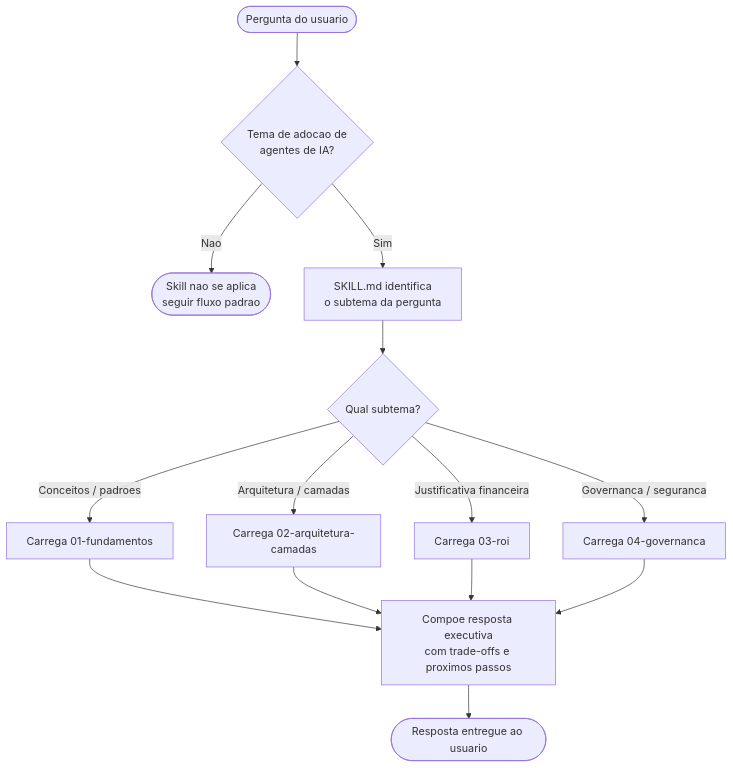
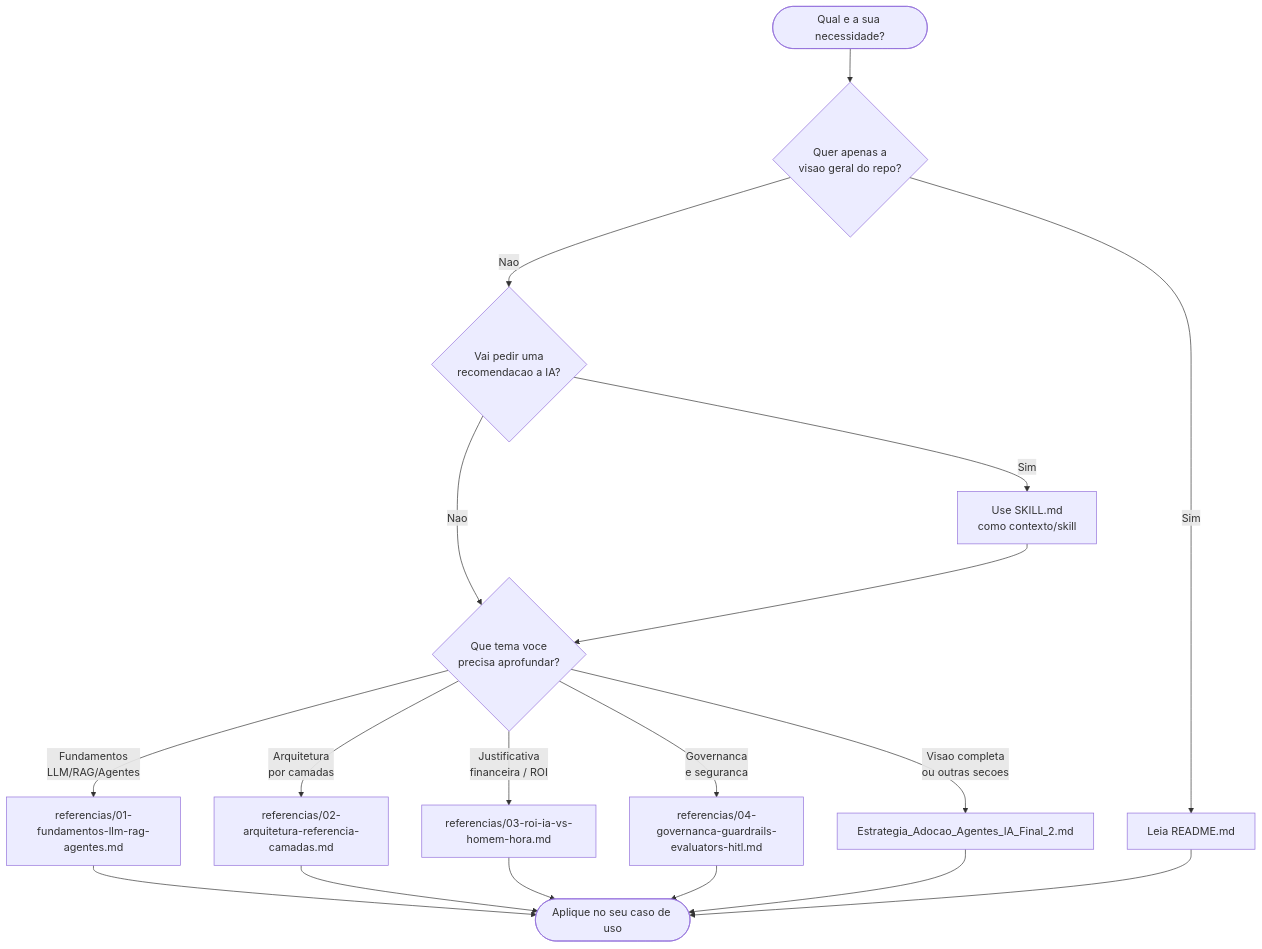
One commit to fabioharams/hubsp-ai-skill changed the second of 2 diagrams in README.md. Above: the diagram before and after it, drawn with Mermaid. The commit also changed other lines of this file, not shown here.

Commit message:
adicionando diagramas

````diff
--- a/README.md
+++ b/README.md
@@ -66,18 +58,24 @@
 ```mermaid
 flowchart TD
-    A([Pergunta do usuario]) --> B{Tema de adocao de<br/>agentes de IA?}
-    B -- Nao --> Z([Skill nao se aplica<br/>seguir fluxo padrao])
-    B -- Sim --> C[SKILL.md identifica<br/>o subtema da pergunta]
+    START([Qual e a sua necessidade?]) --> Q1{Quer apenas a<br/>visao geral do repo?}
+    Q1 -- Sim --> README[Leia README.md]
+    Q1 -- Nao --> Q2{Vai pedir uma<br/>recomendacao a IA?}
 
-    C --> D{Qual subtema?}
-    D -- Conceitos / padroes --> R1[Carrega 01-fundamentos]
-    D -- Arquitetura / camadas --> R2[Carrega 02-arquitetura-camadas]
-    D -- Justificativa financeira --> R3[Carrega 03-roi]
-    D -- Governanca / seguranca --> R4[Carrega 04-governanca]
+    Q2 -- Sim --> SKILL[Use SKILL.md<br/>como contexto/skill]
+    Q2 -- Nao --> Q3{Que tema voce<br/>precisa aprofundar?}
 
-    R1 --> E[Compoe resposta executiva<br/>com trade-offs e proximos passos]
-    R2 --> E
-    R3 --> E
-    R4 --> E
-    E --> F([Resposta entregue ao usuario])
+    SKILL --> Q3
+
+    Q3 -- Fundamentos<br/>LLM/RAG/Agentes --> R1[referencias/01-fundamentos-llm-rag-agentes.md]
+    Q3 -- Arquitetura<br/>por camadas --> R2[referencias/02-arquitetura-referencia-camadas.md]
+    Q3 -- Justificativa<br/>financeira / ROI --> R3[referencias/03-roi-ia-vs-homem-hora.md]
+    Q3 -- Governanca<br/>e seguranca --> R4[referencias/04-governanca-guardrails-evaluators-hitl.md]
+    Q3 -- Visao completa<br/>ou outras secoes --> CANON[Estrategia_Adocao_Agentes_IA_Final_2.md]
+
+    R1 --> END([Aplique no seu caso de uso])
+    R2 --> END
+    R3 --> END
+    R4 --> END
+    CANON --> END
+    README --> END
 ```
````
